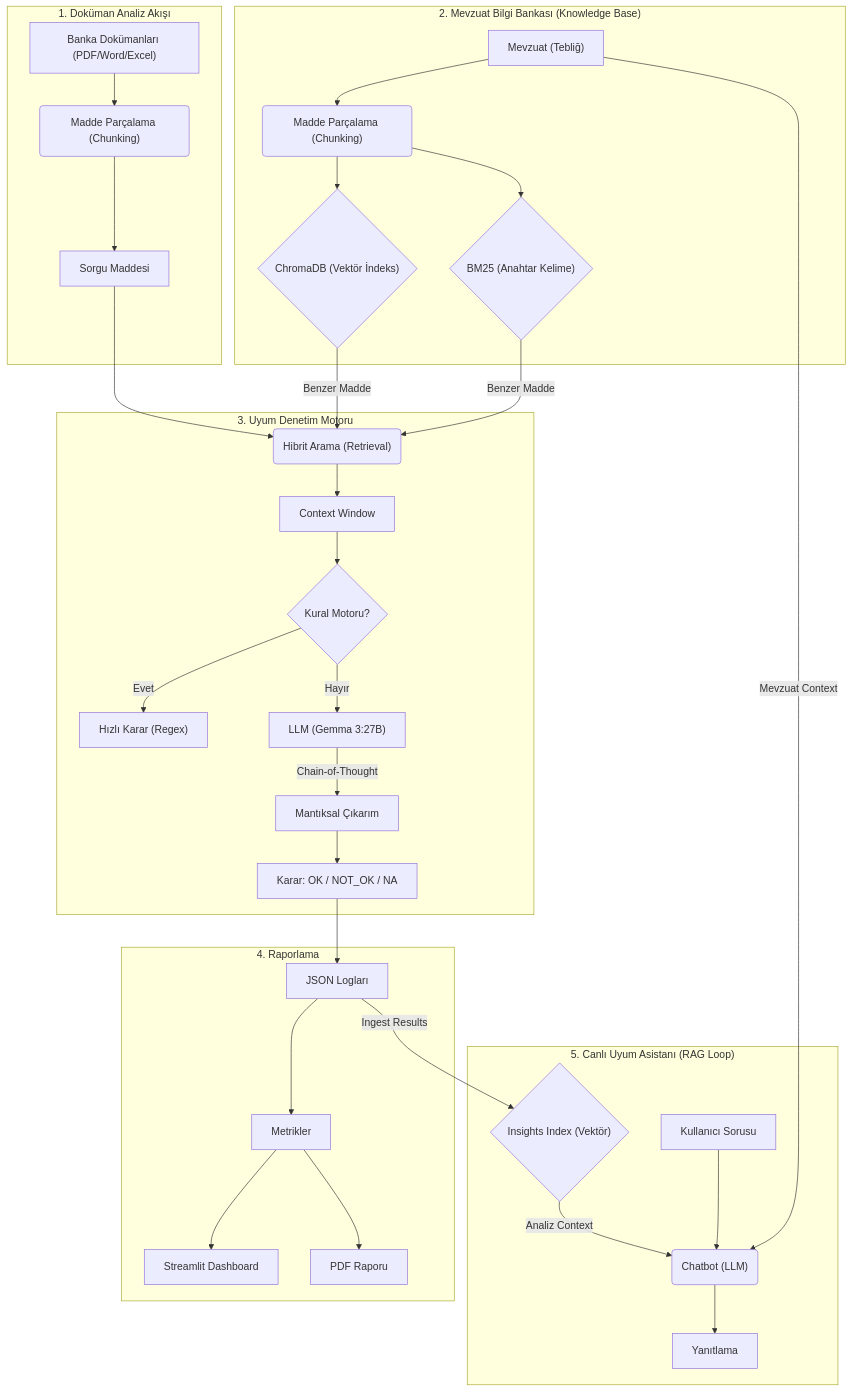
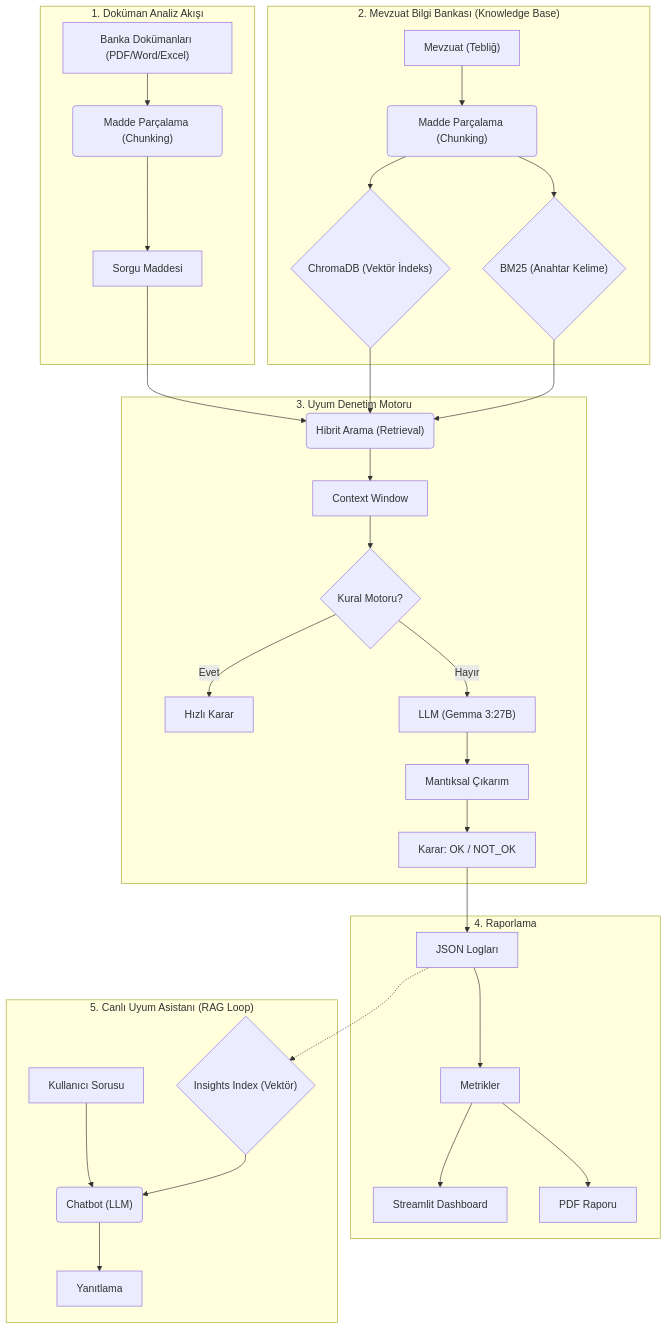
One commit to canmergen/llm-hackathon-project changed the diagram in README.md. Above: the diagram before and after it, drawn with Mermaid. The commit also changed 1 other file, not shown here.

Commit message:
Docs: Simplify Mermaid diagram layout to fix GitHub rendering

````diff
--- a/README.md
+++ b/README.md
@@ -62,43 +62,42 @@
 ```mermaid
 graph TD
     subgraph Data_Ingestion ["2. Mevzuat Bilgi Bankası (Knowledge Base)"]
         teblig["Mevzuat (Tebliğ)"] --> teb_chunk("Madde Parçalama (Chunking)")
         teb_chunk --> vector{"ChromaDB (Vektör İndeks)"}
         teb_chunk --> kw{"BM25 (Anahtar Kelime)"}
     end
 
     subgraph Analysis_Flow ["1. Doküman Analiz Akışı"]
         doc["Banka Dokümanları (PDF/Word/Excel)"] --> chunk("Madde Parçalama (Chunking)")
         chunk --> input["Sorgu Maddesi"]
     end
 
     subgraph Compliance_Engine ["3. Uyum Denetim Motoru"]
         input --> hybrid("Hibrit Arama (Retrieval)")
         
-        vector -- "Benzer Madde" --> hybrid
-        kw -- "Benzer Madde" --> hybrid
+        vector --> hybrid
+        kw --> hybrid
 
         hybrid --> context["Context Window"]
         context --> rule{"Kural Motoru?"}
-        rule -- "Evet" --> fast["Hızlı Karar (Regex)"]
+        rule -- "Evet" --> fast["Hızlı Karar"]
         rule -- "Hayır" --> llm["LLM (Gemma 3:27B)"]
         
-        llm -- "Chain-of-Thought" --> reason["Mantıksal Çıkarım"]
-        reason --> decision["Karar: OK / NOT_OK / NA"]
+        llm --> reason["Mantıksal Çıkarım"]
+        reason --> decision["Karar: OK / NOT_OK"]
     end
 
     subgraph Reporting ["4. Raporlama"]
         decision --> json["JSON Logları"]
         json --> metric["Metrikler"]
         metric --> dashboard["Streamlit Dashboard"]
         metric --> pdf["PDF Raporu"]
     end
 
     subgraph Live_Assistant ["5. Canlı Uyum Asistanı (RAG Loop)"]
-        json -- "Ingest Results" --> insights{"Insights Index (Vektör)"}
+        json -.-> insights{"Insights Index (Vektör)"}
         userq["Kullanıcı Sorusu"] --> bot("Chatbot (LLM)")
-        insights -- "Analiz Context" --> bot
-        teblig -- "Mevzuat Context" --> bot
+        insights --> bot
         bot --> answer["Yanıtlama"]
     end
 ```
````
